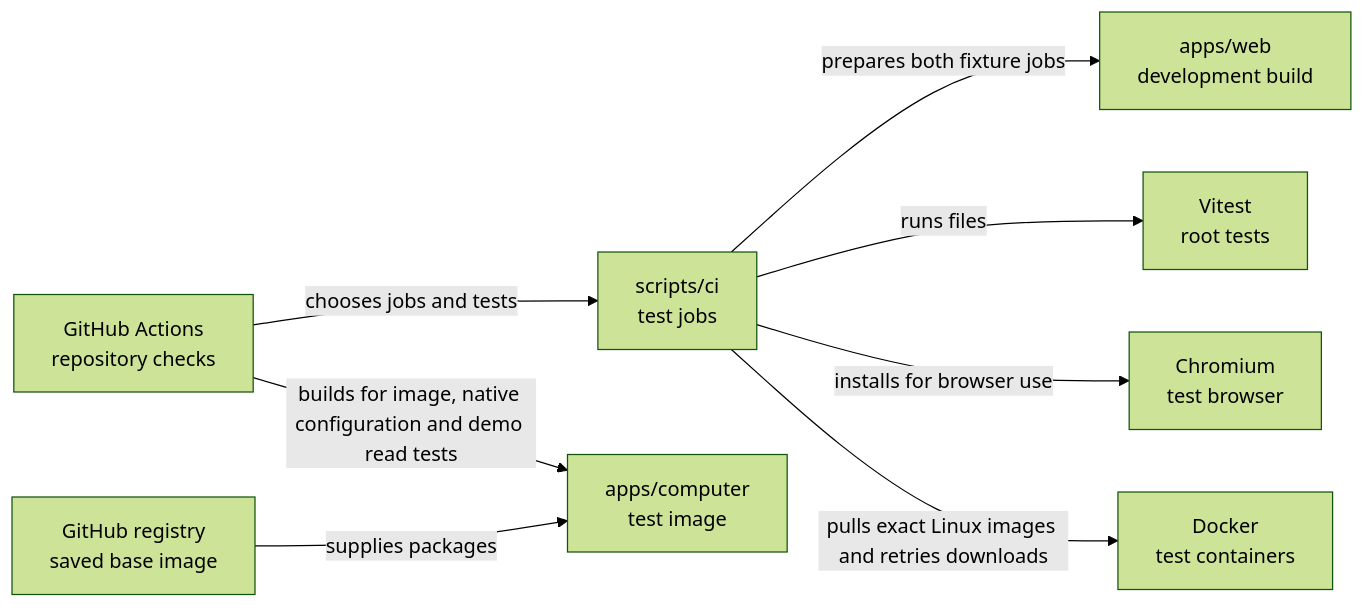
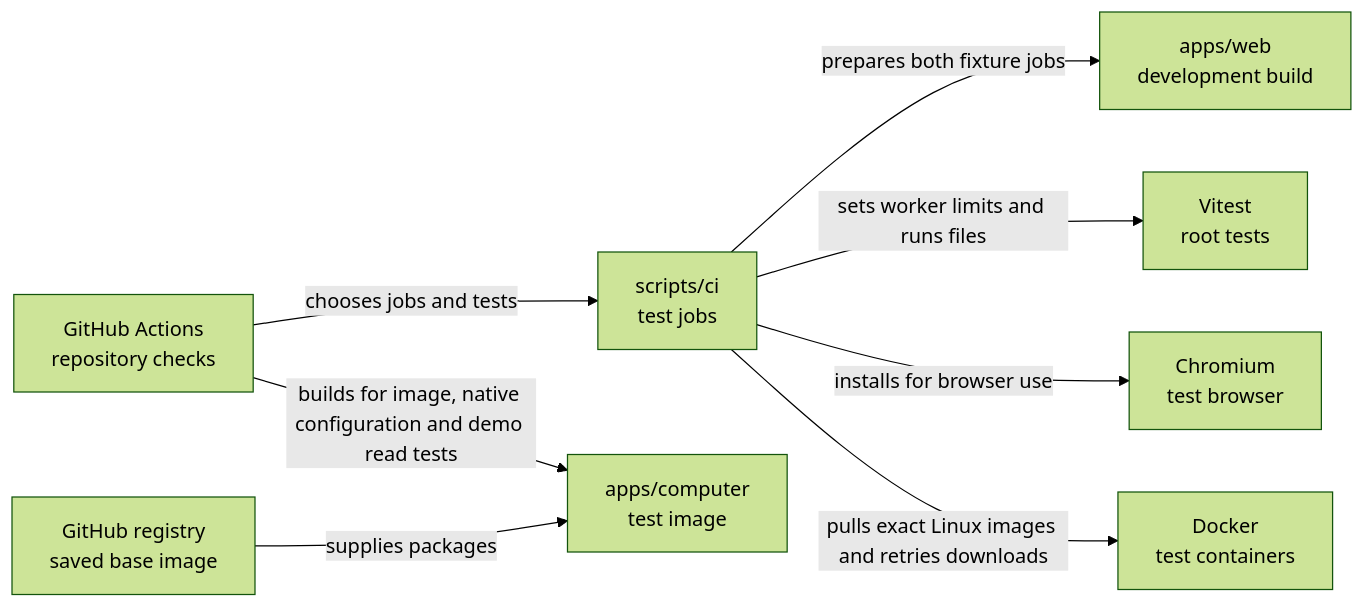
The diagram in scripts/ci/README.md (elewa-git/opencrane-new), drawn with Mermaid (forest theme) before and after one commit. The commit also changed other lines of this file and 68 other files, not shown here.

````diff
--- a/scripts/ci/README.md
+++ b/scripts/ci/README.md
@@ -13,10 +13,10 @@
 ```mermaid
 flowchart LR
   actions["GitHub Actions<br/>repository checks"] -->|chooses jobs and tests| ci["scripts/ci<br/>test jobs"]
   ci -->|prepares both fixture jobs| web["apps/web<br/>development build"]
-  ci -->|runs files| vitest["Vitest<br/>root tests"]
+  ci -->|sets worker limits and runs files| vitest["Vitest<br/>root tests"]
   actions -->|builds for image, native configuration and demo read tests| computer["apps/computer<br/>test image"]
   registry["GitHub registry<br/>saved base image"] -->|supplies packages| computer
   ci -->|installs for browser use| chromium["Chromium<br/>test browser"]
   ci -->|pulls exact Linux images and retries downloads| docker["Docker<br/>test containers"]
 ```
````
